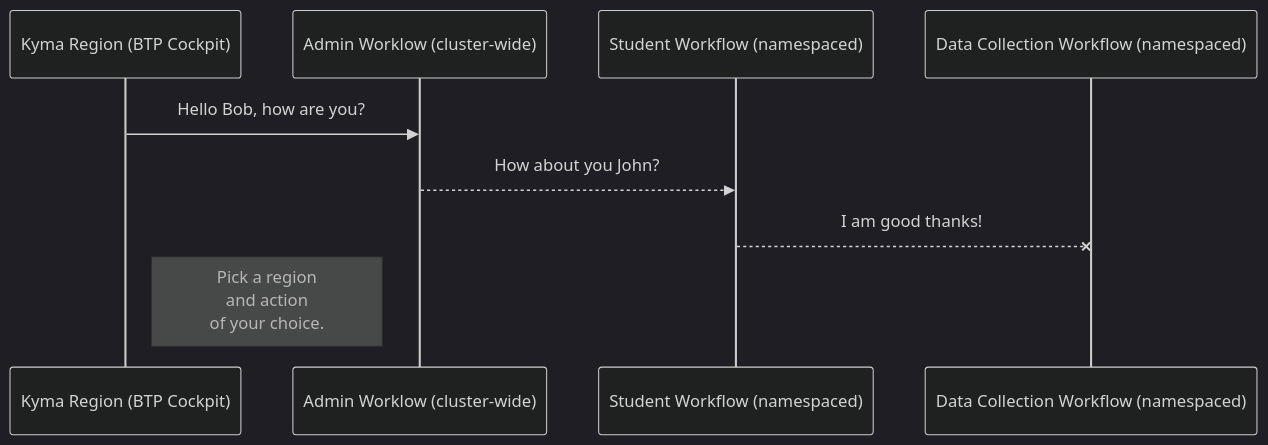
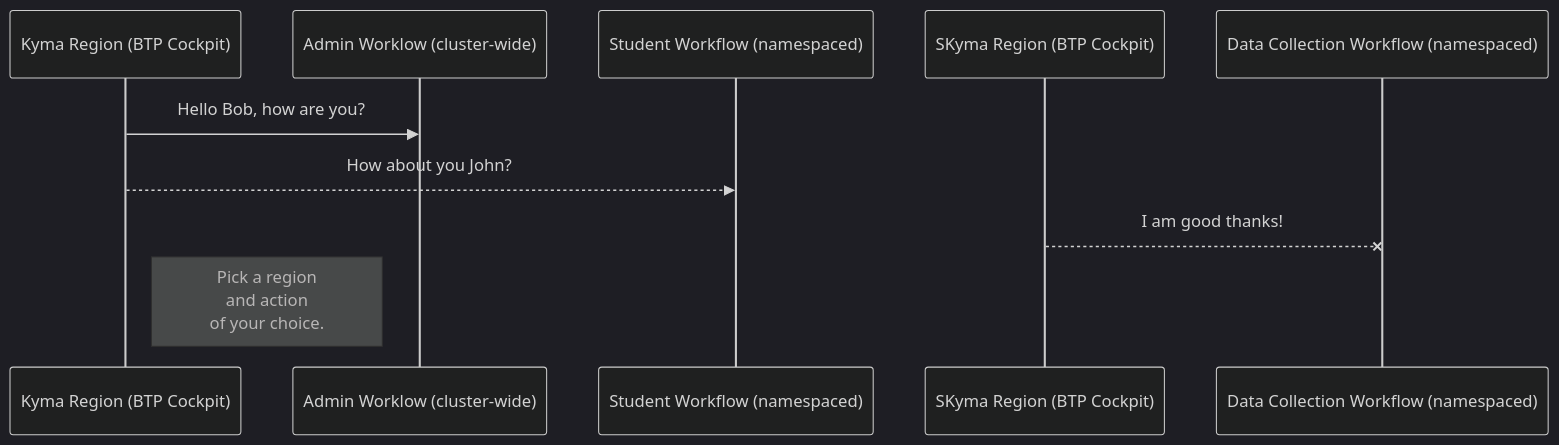
One commit to gauthamp10/teched2025-XP264 changed the diagram in exercises/ex1/README.md. Above: the diagram before and after it, drawn with Mermaid (dark theme).

````diff
--- a/exercises/ex1/README.md
+++ b/exercises/ex1/README.md
@@ -86,8 +86,8 @@
 ```mermaid
 sequenceDiagram
     Kyma Region (BTP Cockpit) ->> Admin Worklow (cluster-wide): Hello Bob, how are you?
-    Admin Worklow (cluster-wide)-->>Student Workflow (namespaced): How about you John?
-    Student Workflow (namespaced)--x Data Collection Workflow (namespaced): I am good thanks!
+    Kyma Region (BTP Cockpit)-->>Student Workflow (namespaced): How about you John?
+    SKyma Region (BTP Cockpit)--x Data Collection Workflow (namespaced): I am good thanks!
     Note right of Kyma Region (BTP Cockpit): Pick a region<br/>and action<br/>of your choice.
 
 ```
````
